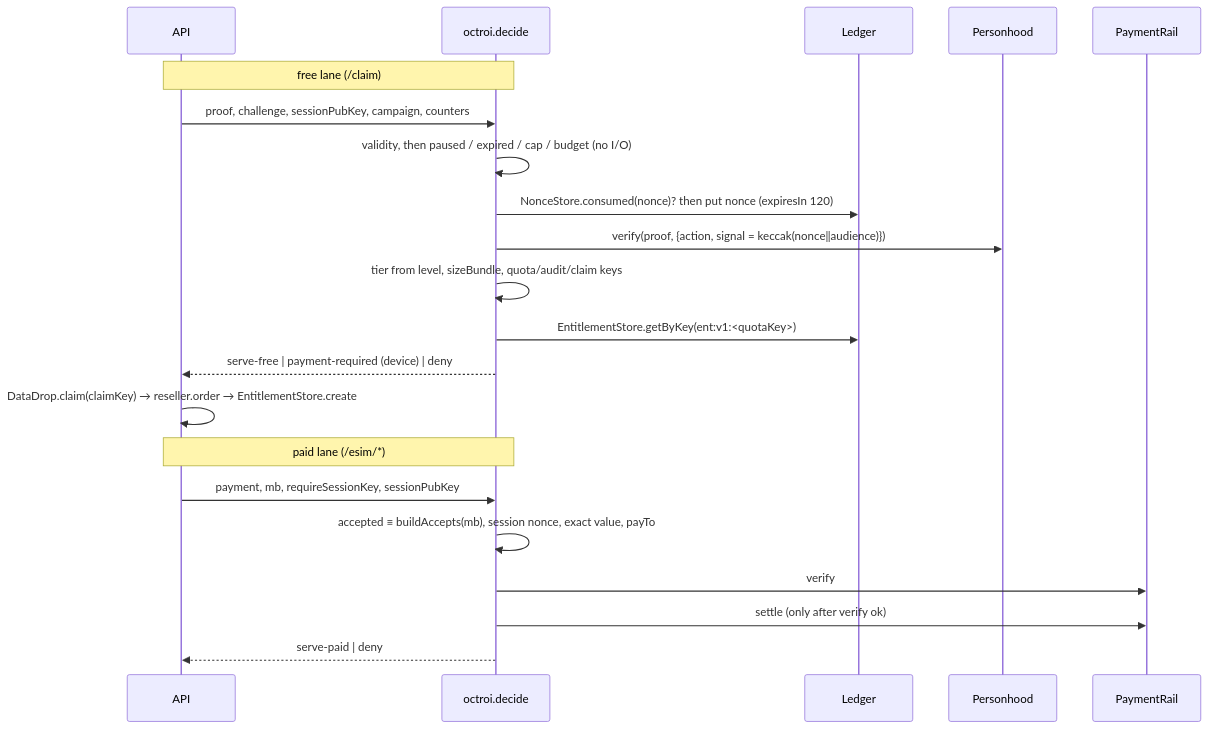
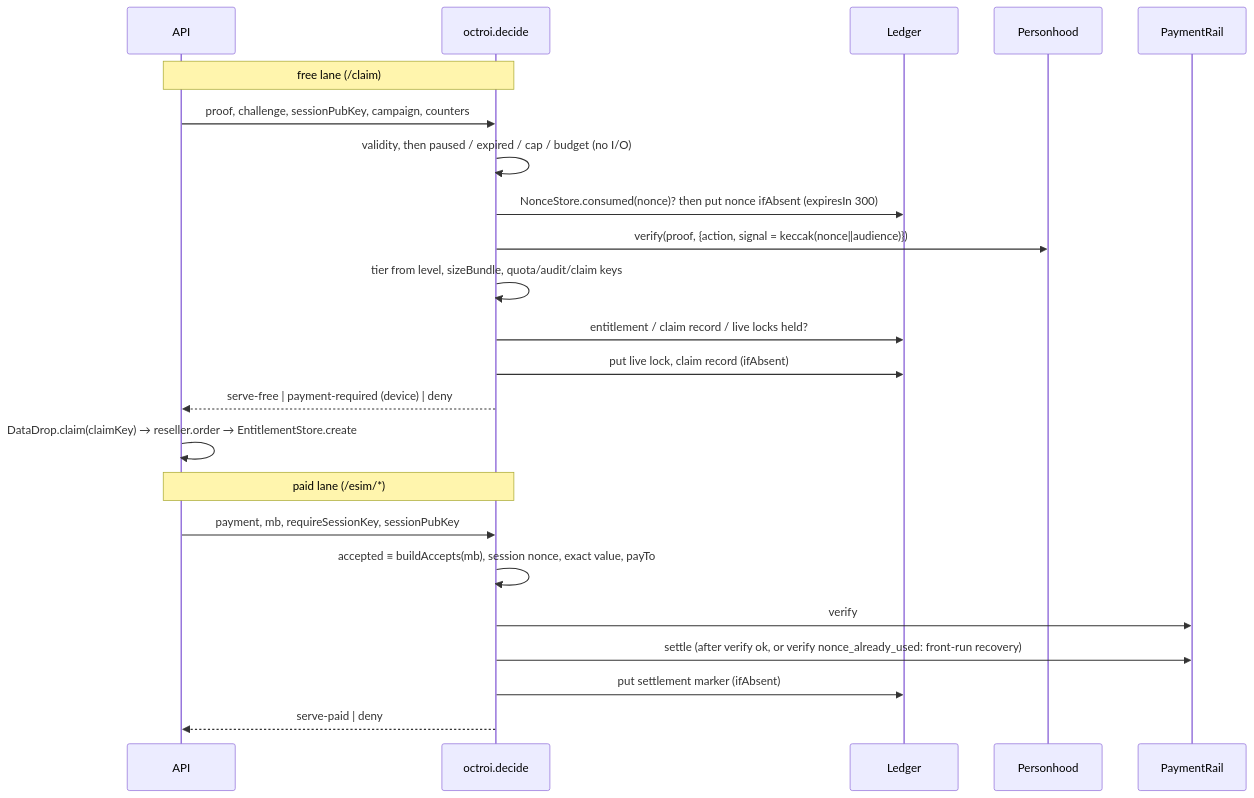
The diagram in packages/octroi/README.md (AbhimanyuAjudiya/EthGlobal), drawn with Mermaid before and after one commit. The commit also changed other lines of this file and 100 other files, not shown here.

````diff
--- a/packages/octroi/README.md
+++ b/packages/octroi/README.md
@@ -69,23 +81,25 @@
 ```mermaid
 sequenceDiagram
   participant API
   participant O as octroi.decide
   participant L as Ledger
   participant W as Personhood
   participant P as PaymentRail
   Note over API,O: free lane (/claim)
   API->>O: proof, challenge, sessionPubKey, campaign, counters
   O->>O: validity, then paused / expired / cap / budget (no I/O)
-  O->>L: NonceStore.consumed(nonce)? then put nonce (expiresIn 120)
+  O->>L: NonceStore.consumed(nonce)? then put nonce ifAbsent (expiresIn 300)
   O->>W: verify(proof, {action, signal = keccak(nonce‖audience)})
   O->>O: tier from level, sizeBundle, quota/audit/claim keys
-  O->>L: EntitlementStore.getByKey(ent:v1:<quotaKey>)
+  O->>L: entitlement / claim record / live locks held?
+  O->>L: put live lock, claim record (ifAbsent)
   O-->>API: serve-free | payment-required (device) | deny
   API->>API: DataDrop.claim(claimKey) → reseller.order → EntitlementStore.create
   Note over API,O: paid lane (/esim/*)
   API->>O: payment, mb, requireSessionKey, sessionPubKey
   O->>O: accepted ≡ buildAccepts(mb), session nonce, exact value, payTo
   O->>P: verify
-  O->>P: settle (only after verify ok)
+  O->>P: settle (after verify ok, or verify nonce_already_used: front-run recovery)
+  O->>L: put settlement marker (ifAbsent)
   O-->>API: serve-paid | deny
 ```
````
